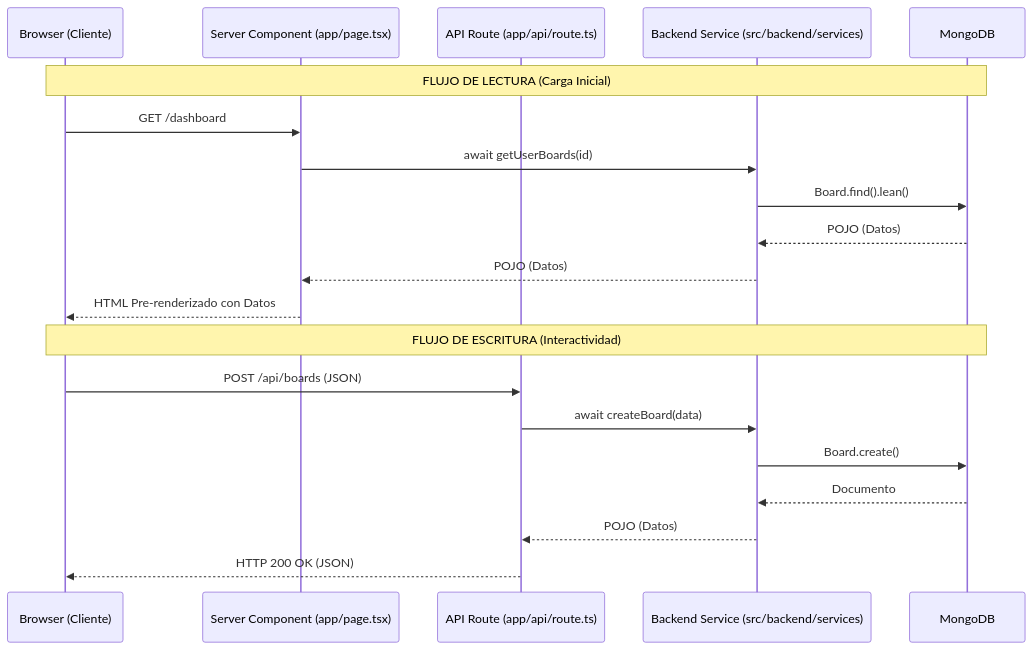
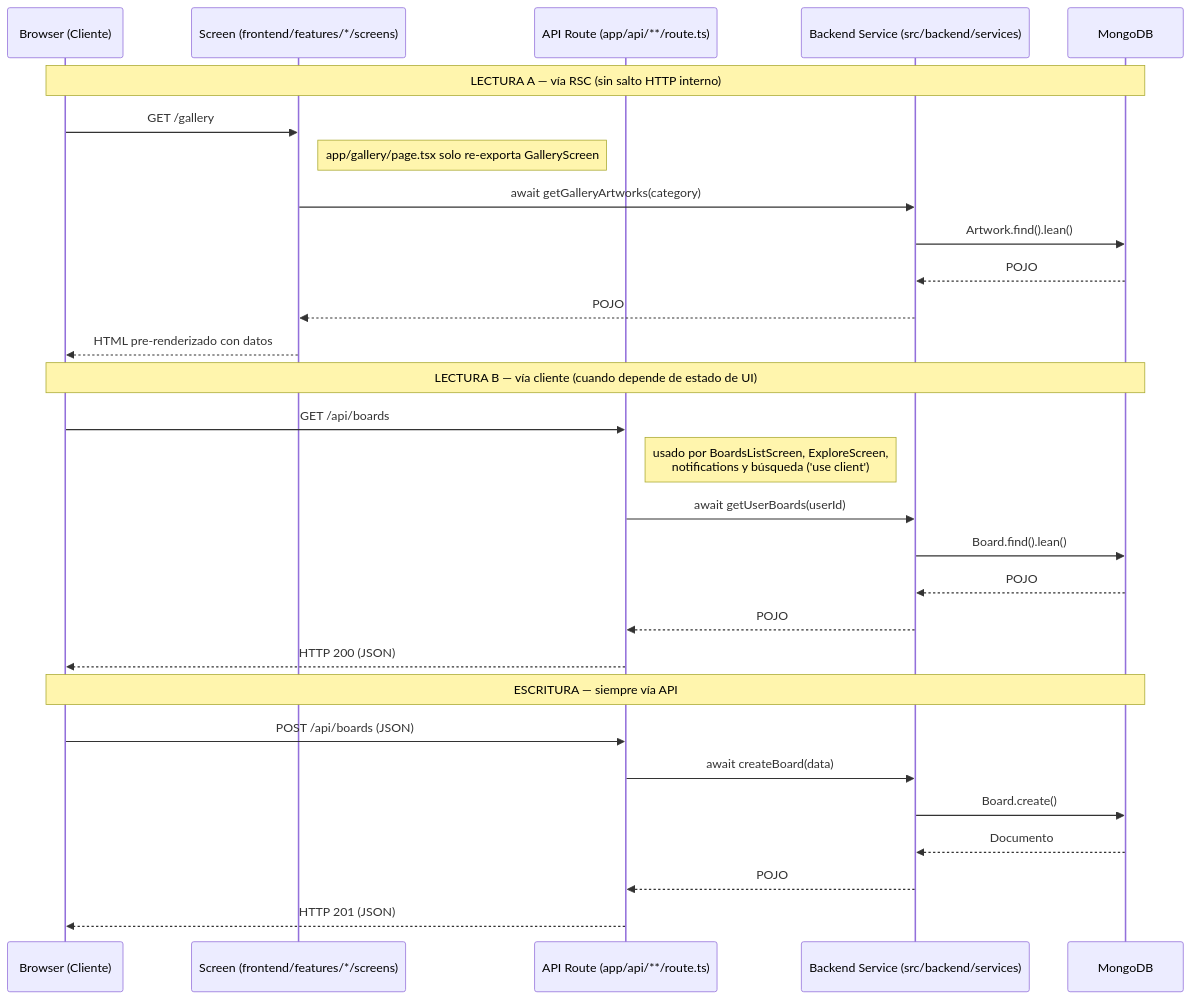
Before and after one commit to SamuelMenan/ArtSanctuary: the diagram in docs/architecture/diagramas/flujo-datos-rsc.md, drawn with Mermaid. The commit also changed other lines of this file and 72 other files, not shown here.

````diff
--- a/docs/architecture/diagramas/flujo-datos-rsc.md
+++ b/docs/architecture/diagramas/flujo-datos-rsc.md
@@ -34,24 +30,34 @@
 ```mermaid
 sequenceDiagram
     participant B as Browser (Cliente)
-    participant RSC as Server Component (app/page.tsx)
-    participant API as API Route (app/api/route.ts)
+    participant RSC as Screen (frontend/features/*/screens)
+    participant API as API Route (app/api/**/route.ts)
     participant SVC as Backend Service (src/backend/services)
     participant DB as MongoDB
 
-    Note over B, DB: FLUJO DE LECTURA (Carga Inicial)
-    B->>RSC: GET /dashboard
-    RSC->>SVC: await getUserBoards(id)
+    Note over B, DB: LECTURA A — vía RSC (sin salto HTTP interno)
+    B->>RSC: GET /gallery
+    Note right of RSC: app/gallery/page.tsx solo re-exporta GalleryScreen
+    RSC->>SVC: await getGalleryArtworks(category)
+    SVC->>DB: Artwork.find().lean()
+    DB-->>SVC: POJO
+    SVC-->>RSC: POJO
+    RSC-->>B: HTML pre-renderizado con datos
+
+    Note over B, DB: LECTURA B — vía cliente (cuando depende de estado de UI)
+    B->>API: GET /api/boards
+    Note right of API: usado por BoardsListScreen, ExploreScreen,<br/>notifications y búsqueda ('use client')
+    API->>SVC: await getUserBoards(userId)
     SVC->>DB: Board.find().lean()
-    DB-->>SVC: POJO (Datos)
-    SVC-->>RSC: POJO (Datos)
-    RSC-->>B: HTML Pre-renderizado con Datos
+    DB-->>SVC: POJO
+    SVC-->>API: POJO
+    API-->>B: HTTP 200 (JSON)
 
-    Note over B, DB: FLUJO DE ESCRITURA (Interactividad)
+    Note over B, DB: ESCRITURA — siempre vía API
     B->>API: POST /api/boards (JSON)
     API->>SVC: await createBoard(data)
     SVC->>DB: Board.create()
     DB-->>SVC: Documento
-    SVC-->>API: POJO (Datos)
-    API-->>B: HTTP 200 OK (JSON)
+    SVC-->>API: POJO
+    API-->>B: HTTP 201 (JSON)
 ```
````
